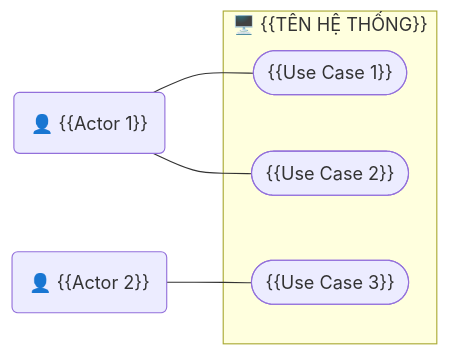
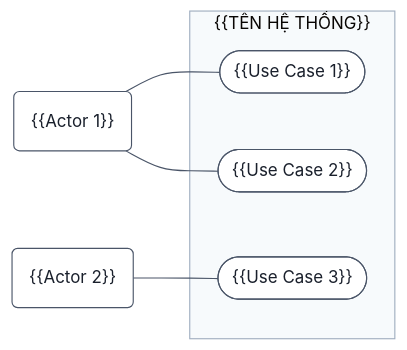
Before and after one commit to sonbui31/BA-studies: the second of 2 diagrams in BA-agent/BA-document-rule/templates/brd.md, drawn with Mermaid. The commit also changed other lines of this file and 97 other files, not shown here.

First line of the commit message:
Add diagram linting and rendering tools with tests

````diff
--- a/BA-agent/BA-document-rule/templates/brd.md
+++ b/BA-agent/BA-document-rule/templates/brd.md
@@ -232,12 +233,13 @@
 ```mermaid
+%%{init: {"theme": "base", "fontFamily": "Arial, Helvetica, sans-serif", "themeVariables": {"fontSize": "15px", "primaryColor": "#FFFFFF", "primaryBorderColor": "#4A5568", "primaryTextColor": "#1A202C", "lineColor": "#4A5568", "secondaryColor": "#F7FAFC", "tertiaryColor": "#F7FAFC", "clusterBkg": "#F7FAFC", "clusterBorder": "#A0AEC0", "edgeLabelBackground": "#FFFFFF", "actorBkg": "#EBF8FF", "actorBorder": "#2B6CB0", "noteBkgColor": "#FFF8E1", "noteBorderColor": "#B7791F"}}}%%
 graph LR
-    subgraph "🖥️ {{TÊN HỆ THỐNG}}"
+    subgraph "{{TÊN HỆ THỐNG}}"
         UC1(["{{Use Case 1}}"])
         UC2(["{{Use Case 2}}"])
         UC3(["{{Use Case 3}}"])
     end
 
-    A1("👤 {{Actor 1}}") --- UC1
+    A1("{{Actor 1}}") --- UC1
     A1 --- UC2
-    A2("👤 {{Actor 2}}") --- UC3
+    A2("{{Actor 2}}") --- UC3
 ```
````
